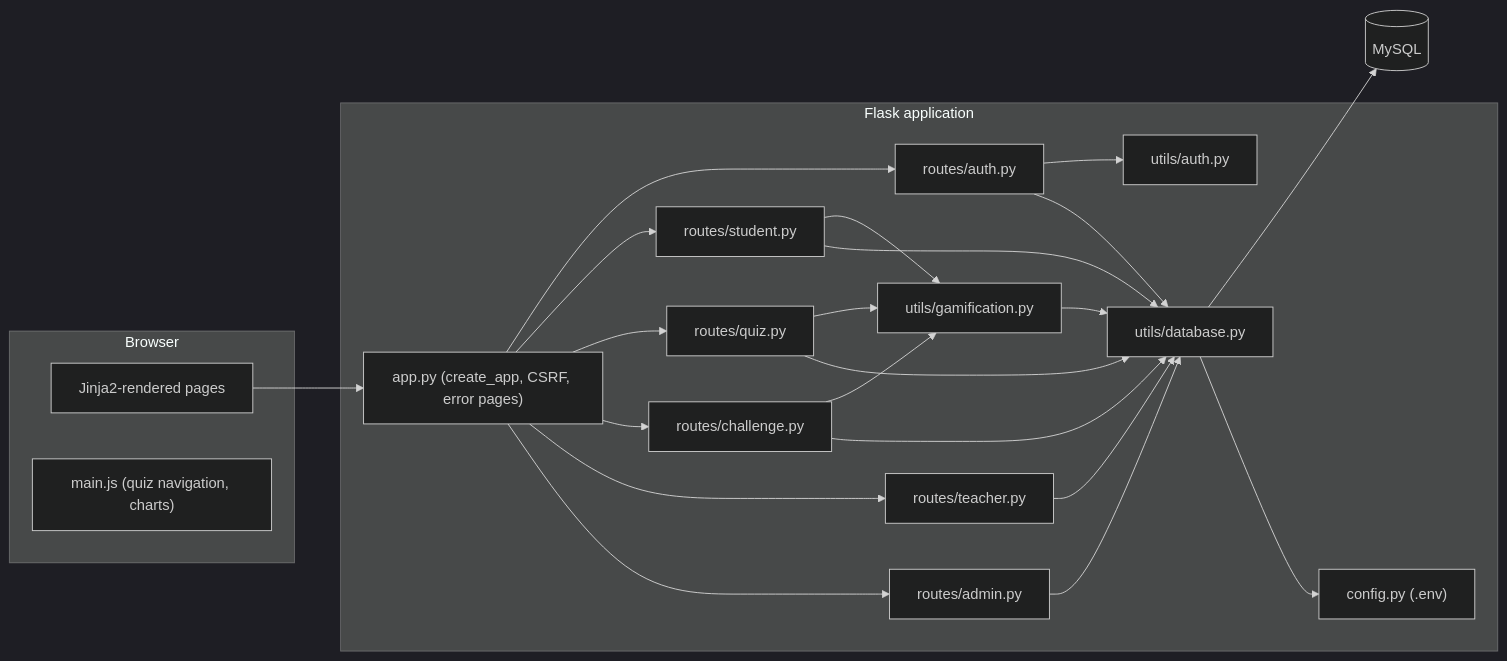
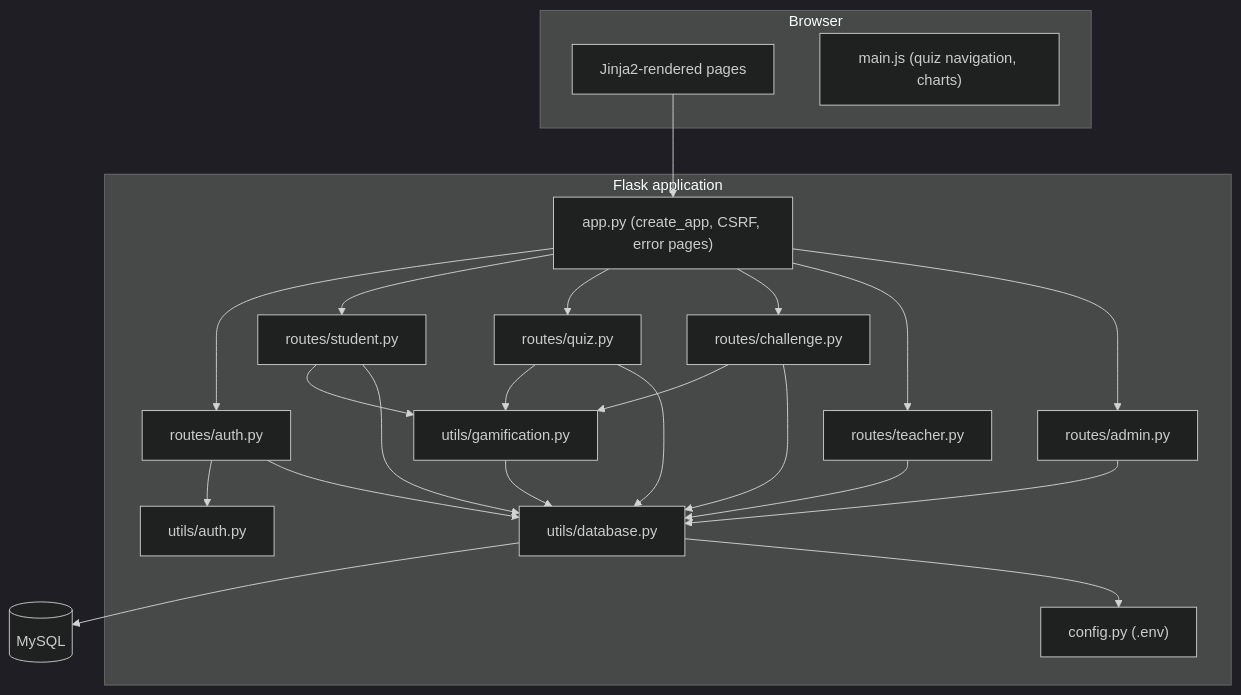
Before and after one commit to anuragpatwari591-hub/ecoquest1: the second of 3 diagrams in docs/architecture.md, drawn with Mermaid (dark theme). The commit also changed 3 other files, not shown here.

Commit message:
Fix daily-quest alignment; update component and activity diagrams; keep report out of Git

````diff
--- a/docs/architecture.md
+++ b/docs/architecture.md
@@ -33,28 +33,28 @@
 ```mermaid
-flowchart LR
+flowchart TB
     subgraph Browser
       Pages["Jinja2-rendered pages"]
       JS["main.js (quiz navigation, charts)"]
     end
     subgraph Flask["Flask application"]
       APP["app.py (create_app, CSRF, error pages)"]
       AUTHR["routes/auth.py"]
       STUR["routes/student.py"]
       QUIZR["routes/quiz.py"]
       CHR["routes/challenge.py"]
       TEAR["routes/teacher.py"]
       ADMR["routes/admin.py"]
       UAUTH["utils/auth.py"]
       UGAME["utils/gamification.py"]
       UDB["utils/database.py"]
       CFG["config.py (.env)"]
     end
     DB[("MySQL")]
     Pages --> APP
     APP --> AUTHR & STUR & QUIZR & CHR & TEAR & ADMR
     AUTHR --> UAUTH
     STUR & QUIZR & CHR --> UGAME
     AUTHR & STUR & QUIZR & CHR & TEAR & ADMR & UGAME --> UDB
     UDB --> DB
     UDB --> CFG
 ```
````
